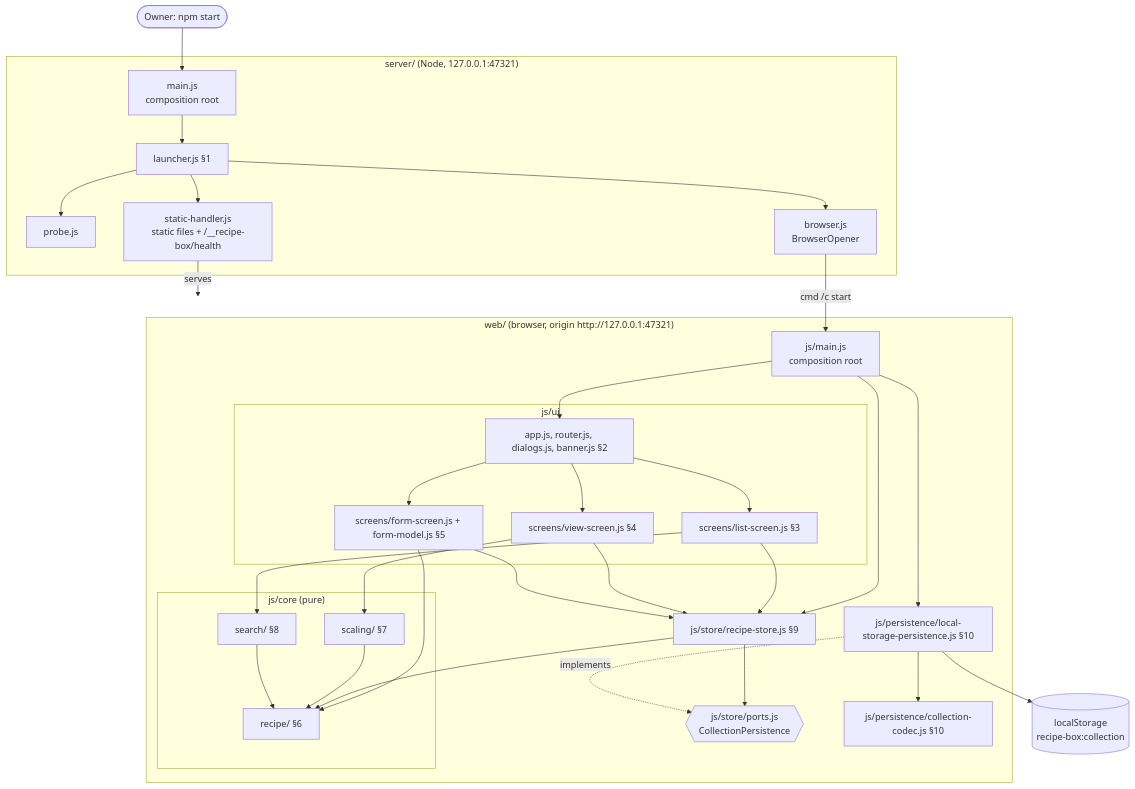
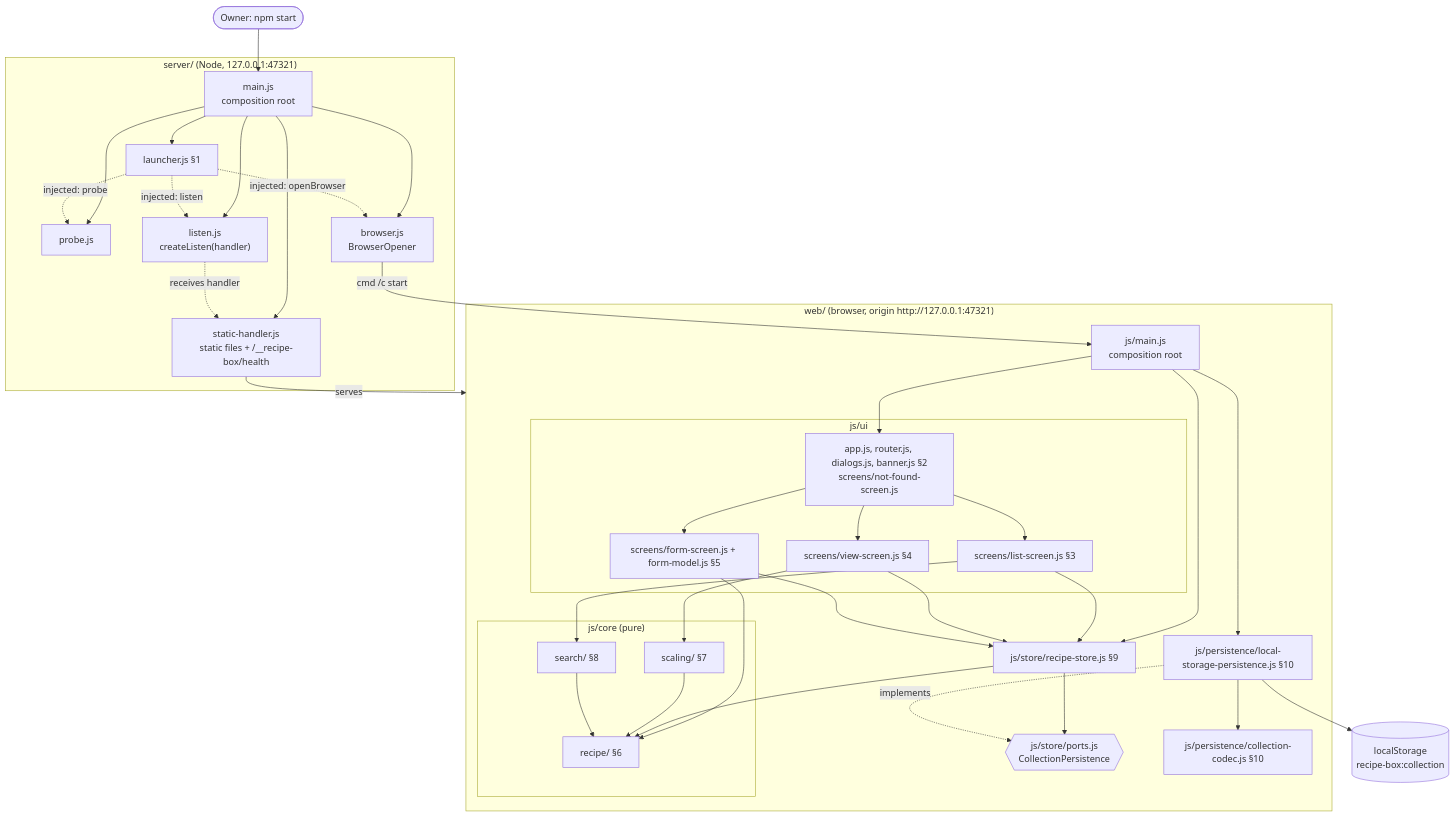
The diagram in docs/diagrams/lld-components.mmd (AbrahamLinksus/recipe-box), drawn with Mermaid before and after one commit. The commit also changed 4 other files, not shown here.

```diff
--- a/docs/diagrams/lld-components.mmd
+++ b/docs/diagrams/lld-components.mmd
@@ -1,50 +1,56 @@
 flowchart TB
   owner(["Owner: npm start"])
   subgraph SRV["server/ (Node, 127.0.0.1:47321)"]
     smain["main.js<br/>composition root"]
     launcher["launcher.js §1"]
     probe["probe.js"]
     opener["browser.js<br/>BrowserOpener"]
     handler["static-handler.js<br/>static files + /__recipe-box/health"]
+    listen["listen.js<br/>createListen(handler)"]
   end
   subgraph WEB["web/ (browser, origin http://127.0.0.1:47321)"]
     wmain["js/main.js<br/>composition root"]
     subgraph UI["js/ui"]
-      app["app.js, router.js, dialogs.js, banner.js §2"]
+      app["app.js, router.js, dialogs.js, banner.js §2<br/>screens/not-found-screen.js"]
       list["screens/list-screen.js §3"]
       view["screens/view-screen.js §4"]
       form["screens/form-screen.js + form-model.js §5"]
     end
     store["js/store/recipe-store.js §9"]
     port{{"js/store/ports.js<br/>CollectionPersistence"}}
     subgraph CORE["js/core (pure)"]
       model["recipe/ §6"]
       scaling["scaling/ §7"]
       search["search/ §8"]
     end
     lsp["js/persistence/local-storage-persistence.js §10"]
     codec["js/persistence/collection-codec.js §10"]
   end
   ls[("localStorage<br/>recipe-box:collection")]
 
   owner --> smain --> launcher
-  launcher --> probe
-  launcher --> opener
-  launcher --> handler
+  smain --> handler
+  smain --> listen
+  smain --> probe
+  smain --> opener
+  listen -. "receives handler" .-> handler
+  launcher -. "injected: listen" .-> listen
+  launcher -. "injected: probe" .-> probe
+  launcher -. "injected: openBrowser" .-> opener
   opener -- "cmd /c start" --> wmain
   handler -- "serves" --> WEB
   wmain --> app
   wmain --> store
   wmain --> lsp
   app --> list & view & form
   list --> search
   view --> scaling
   form --> model
   list & view & form --> store
   store --> model
   store --> port
   lsp -. implements .-> port
   lsp --> codec
   lsp --> ls
   scaling --> model
   search --> model
```
